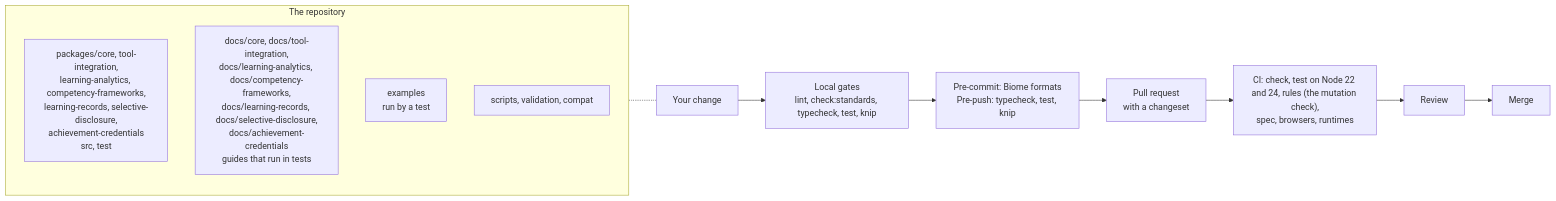
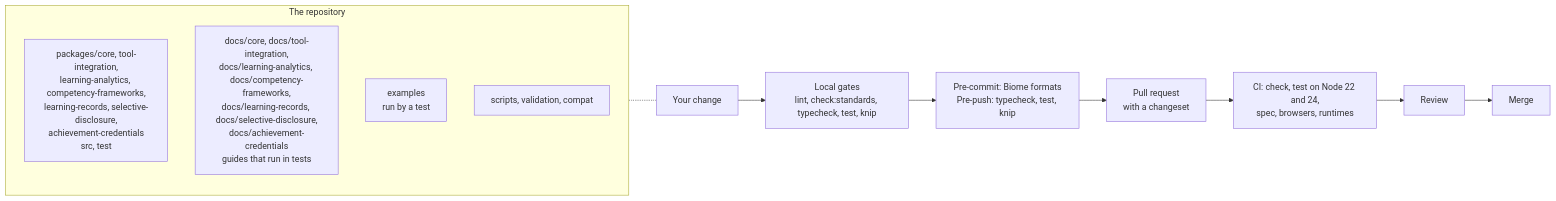
Before and after one commit to interopkit/interopkit: the diagram in CONTRIBUTING.md, drawn with Mermaid. The commit also changed 3 other files, not shown here.

````diff
--- a/CONTRIBUTING.md
+++ b/CONTRIBUTING.md
@@ -6,16 +6,16 @@
 ```mermaid
 flowchart LR
   subgraph repo["The repository"]
     packages["packages/core, tool-integration,<br/>learning-analytics, competency-frameworks,<br/>learning-records, selective-disclosure,<br/>achievement-credentials<br/>src, test"]
     docs["docs/core, docs/tool-integration,<br/>docs/learning-analytics, docs/competency-frameworks,<br/>docs/learning-records, docs/selective-disclosure,<br/>docs/achievement-credentials<br/>guides that run in tests"]
     examples["examples<br/>run by a test"]
     tooling["scripts, validation, compat"]
   end
   change["Your change"] --> local["Local gates<br/>lint, check:standards, typecheck, test, knip"]
   local --> hooks["Pre-commit: Biome formats<br/>Pre-push: typecheck, test, knip"]
   hooks --> pr["Pull request<br/>with a changeset"]
-  pr --> ci["CI: check, test on Node 22 and 24, rules (the mutation check),<br/>spec, browsers, runtimes"]
+  pr --> ci["CI: check, test on Node 22 and 24,<br/>spec, browsers, runtimes"]
   ci --> review["Review"]
   review --> merge["Merge"]
   repo -.- change
 ```
````
